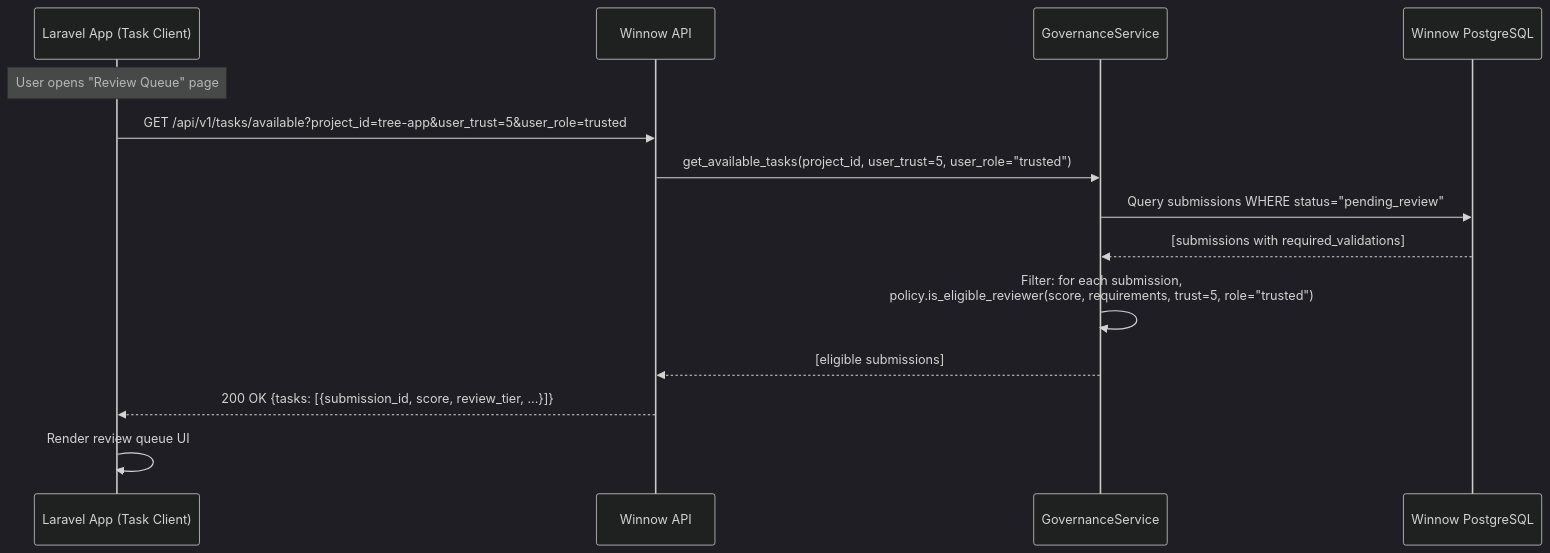
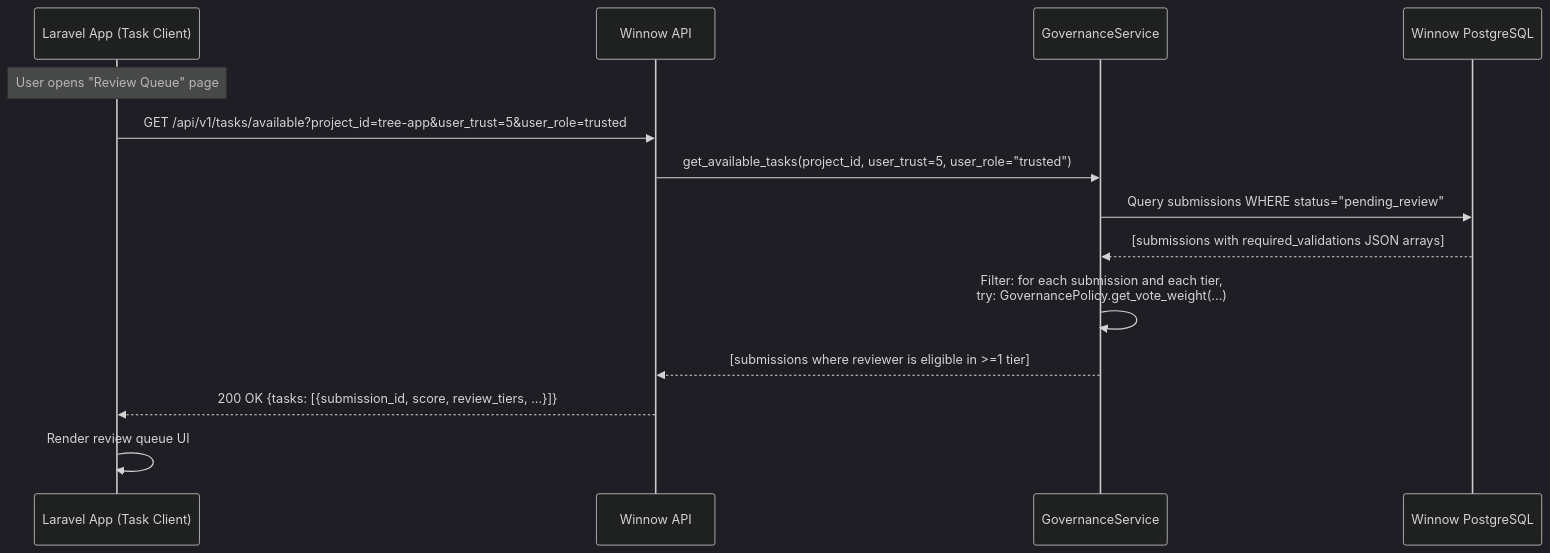
The sixth of 8 diagrams in docs/architecture/02_architecture_patterns.md (leyyce/winnow), drawn with Mermaid (dark theme) before and after one commit. The commit also changed other lines of this file and 8 other files, not shown here.

````diff
--- a/docs/architecture/02_architecture_patterns.md
+++ b/docs/architecture/02_architecture_patterns.md
@@ -611,20 +627,20 @@
 ```mermaid
 sequenceDiagram
     participant Laravel as Laravel App (Task Client)
     participant API as Winnow API
     participant GovService as GovernanceService
     participant DB as Winnow PostgreSQL
 
     Note over Laravel: User opens "Review Queue" page
     Laravel->>API: GET /api/v1/tasks/available?project_id=tree-app&user_trust=5&user_role=trusted
     API->>GovService: get_available_tasks(project_id, user_trust=5, user_role="trusted")
 
     GovService->>DB: Query submissions WHERE status="pending_review"
-    DB-->>GovService: [submissions with required_validations]
+    DB-->>GovService: [submissions with required_validations JSON arrays]
 
-    GovService->>GovService: Filter: for each submission,<br/>policy.is_eligible_reviewer(score, requirements, trust=5, role="trusted")
+    GovService->>GovService: Filter: for each submission and each tier,<br/>try: GovernancePolicy.get_vote_weight(...)
 
-    GovService-->>API: [eligible submissions]
-    API-->>Laravel: 200 OK {tasks: [{submission_id, score, review_tier, ...}]}
+    GovService-->>API: [submissions where reviewer is eligible in >=1 tier]
+    API-->>Laravel: 200 OK {tasks: [{submission_id, score, review_tiers, ...}]}
     Laravel->>Laravel: Render review queue UI
 ```
````
